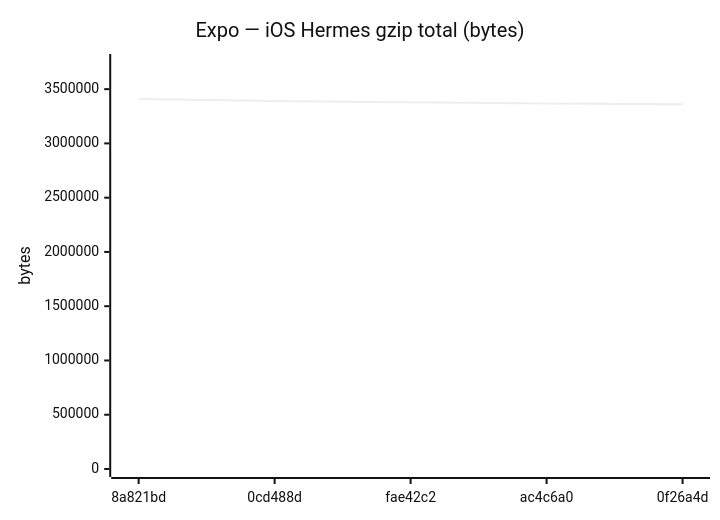
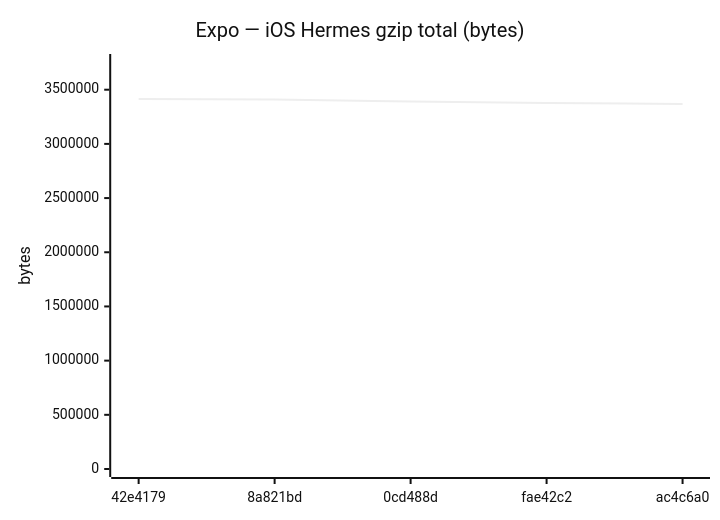
One commit to Metaheurist/Rianell changed diagram 12 of 18 in benchmarks/compare.md. Above: the diagram before and after it, drawn with Mermaid (neutral theme). The commit also changed other lines of this file and 11 other files, not shown here.

````diff
--- a/benchmarks/compare.md
+++ b/benchmarks/compare.md
@@ -179,7 +179,7 @@
 ```mermaid
 xychart-beta
     title "Expo — iOS Hermes gzip total (bytes)"
-    x-axis ["8a821bd", "0cd488d", "fae42c2", "ac4c6a0", "0f26a4d"]
-    y-axis "bytes" 0 --> 3750144
-    line [3409221, 3391123, 3378280, 3368083, 3360774]
+    x-axis ["42e4179", "8a821bd", "0cd488d", "fae42c2", "ac4c6a0"]
+    y-axis "bytes" 0 --> 3755682
+    line [3414256, 3409221, 3391123, 3378280, 3368083]
 ```
````
